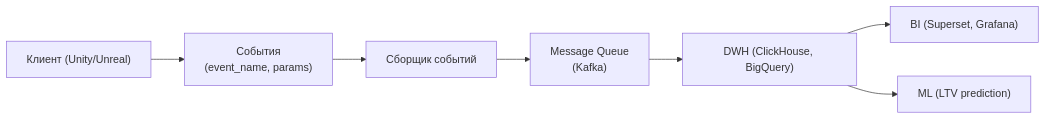
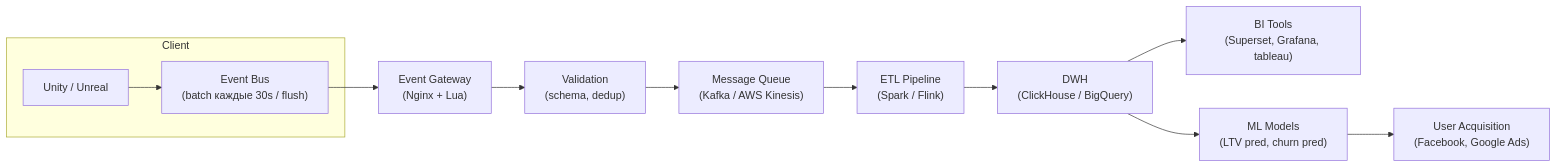
One commit to sergeyodnoval-bot/sysanalyst-kb.github.io changed the first of 4 diagrams in docs/specialization/gamedev-analytics.md. Above: the diagram before and after it, drawn with Mermaid. The commit also changed other lines of this file and 7 other files, not shown here.

````diff
--- a/docs/specialization/gamedev-analytics.md
+++ b/docs/specialization/gamedev-analytics.md
@@ -22,9 +32,14 @@
 ```mermaid
 flowchart LR
-    CLIENT["Клиент (Unity/Unreal)"] --> EVENTS["События<br/>(event_name, params)"]
-    EVENTS --> GATEWAY["Сборщик событий"]
-    GATEWAY --> QUEUE["Message Queue<br/>(Kafka)"]
-    QUEUE --> DWH["DWH (ClickHouse, BigQuery)"]
-    DWH --> BI["BI (Superset, Grafana)"]
-    DWH --> ML["ML (LTV prediction)"]
+    subgraph CLIENT["Client"]
+        UNITY["Unity / Unreal"] --> EVENTS["Event Bus<br/>(batch каждые 30s / flush)"]
+    end
+    EVENTS --> GATEWAY["Event Gateway<br/>(Nginx + Lua)"]
+    GATEWAY --> VALIDATE["Validation<br/>(schema, dedup)"]
+    VALIDATE --> QUEUE["Message Queue<br/>(Kafka / AWS Kinesis)"]
+    QUEUE --> ETL["ETL Pipeline<br/>(Spark / Flink)"]
+    ETL --> DWH["DWH<br/>(ClickHouse / BigQuery)"]
+    DWH --> BI["BI Tools<br/>(Superset, Grafana, tableau)"]
+    DWH --> ML["ML Models<br/>(LTV pred, churn pred)"]
+    ML --> UA["User Acquisition<br/>(Facebook, Google Ads)"]
 ```
````
